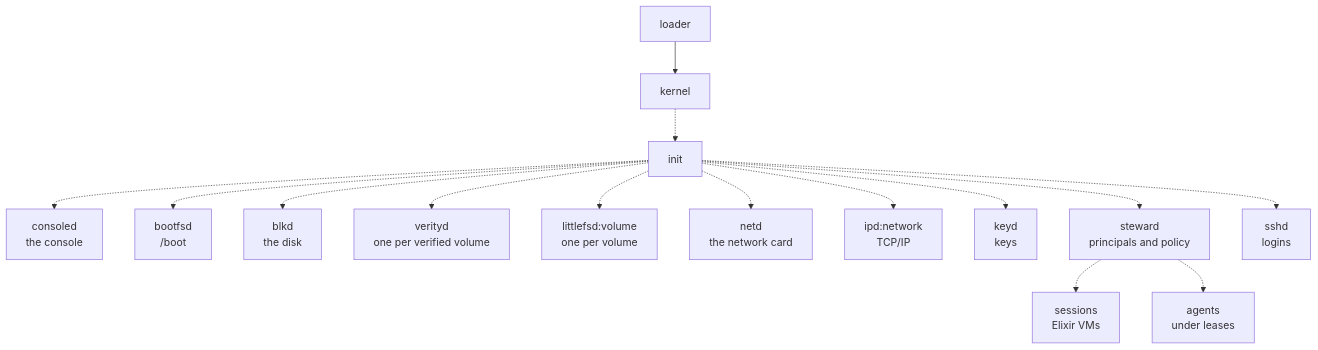
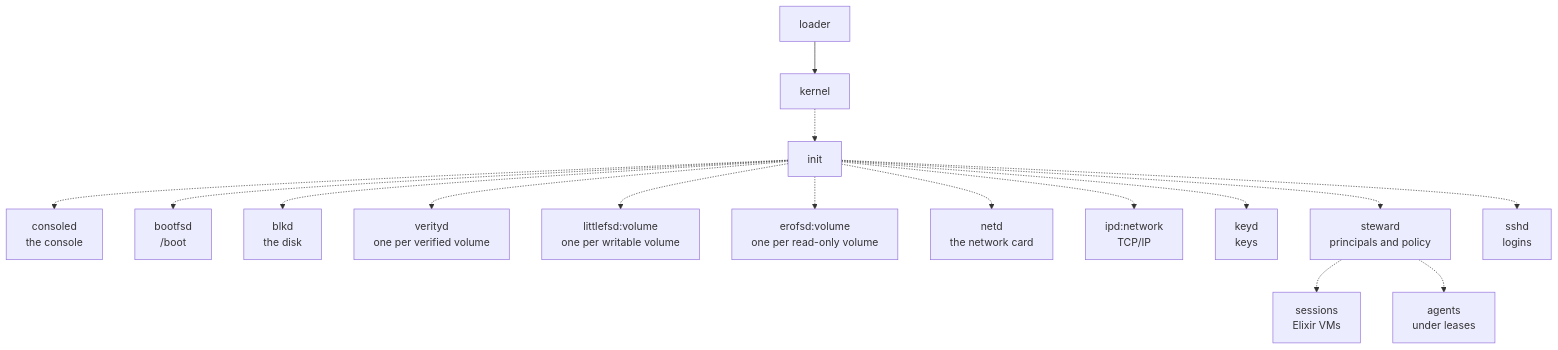
Before and after one commit to sirmick/redoubt: the first of 3 diagrams in docs/servers/README.md, drawn with Mermaid. The commit also changed other lines of this file and 24 other files, not shown here.

````diff
--- a/docs/servers/README.md
+++ b/docs/servers/README.md
@@ -29,17 +29,18 @@
 ```mermaid
 flowchart TD
     L[loader] --> K[kernel]
     K -.-> I[init]
     I -.-> CO[consoled<br/>the console]
     I -.-> BF[bootfsd<br/>/boot]
     I -.-> BL[blkd<br/>the disk]
     I -.-> VD[verityd<br/>one per verified volume]
-    I -.-> FS[littlefsd:volume<br/>one per volume]
+    I -.-> FS[littlefsd:volume<br/>one per writable volume]
+    I -.-> EF[erofsd:volume<br/>one per read-only volume]
     I -.-> ND[netd<br/>the network card]
     I -.-> IP[ipd:network<br/>TCP/IP]
     I -.-> KD[keyd<br/>keys]
     I -.-> ST[steward<br/>principals and policy]
     I -.-> SS[sshd<br/>logins]
     ST -.-> SE[sessions<br/>Elixir VMs]
     ST -.-> AG[agents<br/>under leases]
 ```
````
